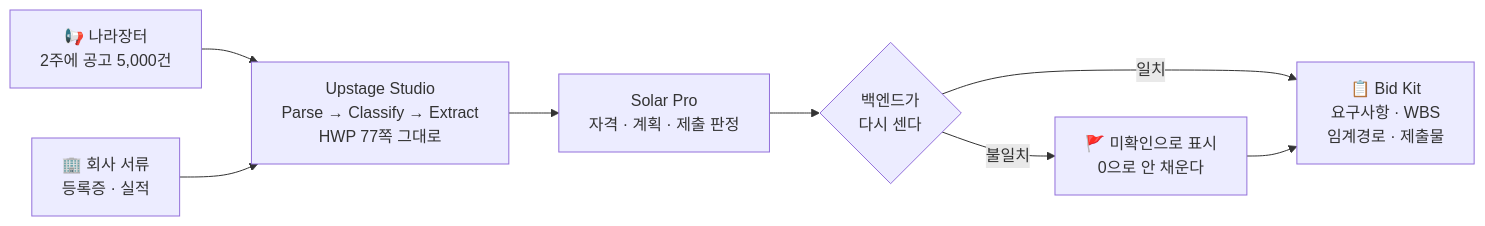
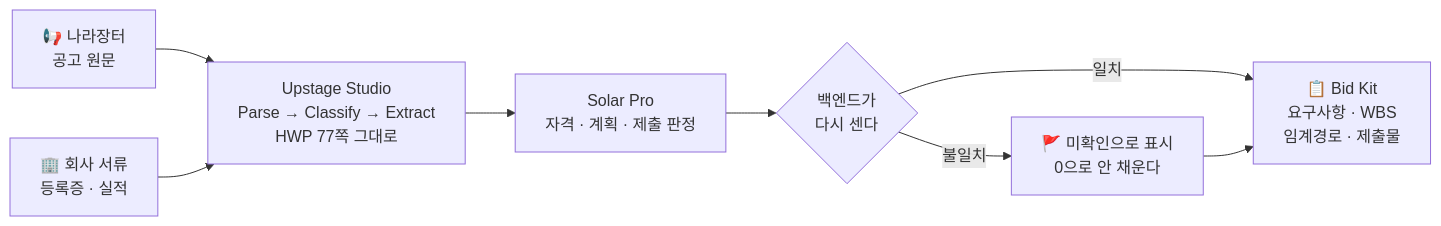
Before and after one commit to serenwoon/serenwoon: the second of 2 diagrams in README.md, drawn with Mermaid. The commit also changed other lines of this file and 3 other files, not shown here.

````diff
--- a/README.md
+++ b/README.md
@@ -126,10 +126,10 @@
 ```mermaid
 flowchart LR
-    N["📢 나라장터<br/>2주에 공고 5,000건"] --> S
+    N["📢 나라장터<br/>공고 원문"] --> S
     C["🏢 회사 서류<br/>등록증 · 실적"] --> S
     S["Upstage Studio<br/>Parse → Classify → Extract<br/>HWP 77쪽 그대로"] --> J
     J["Solar Pro<br/>자격 · 계획 · 제출 판정"] --> G
     G{"백엔드가<br/>다시 센다"} -->|"불일치"| G2["🚩 미확인으로 표시<br/>0으로 안 채운다"]
     G -->|"일치"| K["📋 Bid Kit<br/>요구사항 · WBS<br/>임계경로 · 제출물"]
     G2 --> K
 ```
````
